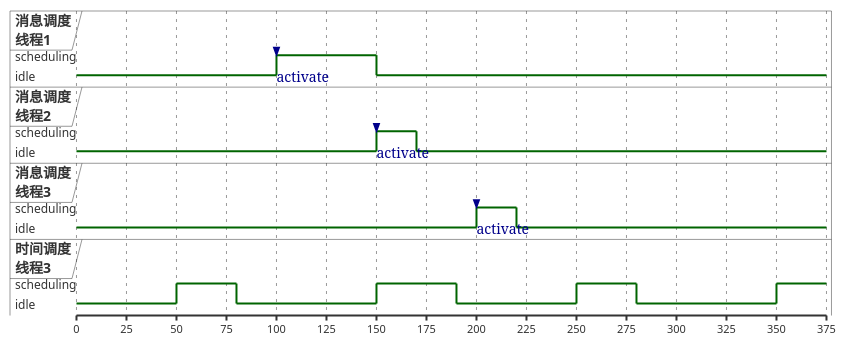
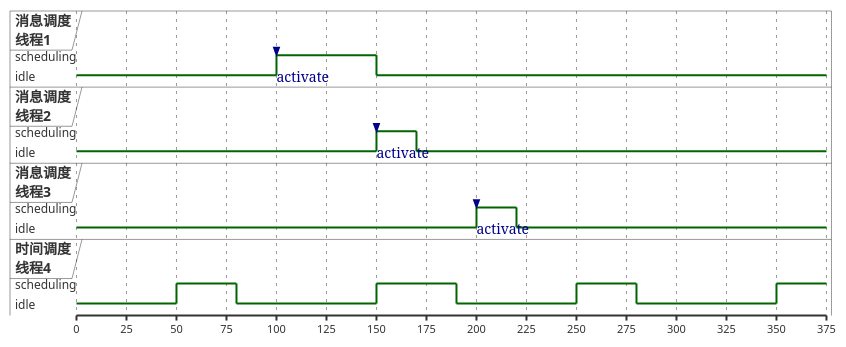
One commit to woshigerunze/new_paper changed the diagram in uml/scheduler_thread.wsd. Above: the diagram before and after it, drawn with PlantUML. The commit also changed 8 other files, not shown here.

```diff
--- a/uml/scheduler_thread.wsd
+++ b/uml/scheduler_thread.wsd
@@ -1,57 +1,57 @@
 @startuml
 robust "消息调度\n线程1" as M1
 robust "消息调度\n线程2" as M2
 robust "消息调度\n线程3" as M3
-robust "时间调度\n线程3" as M4
+robust "时间调度\n线程4" as M4
 scale 25 as 50 pixels
 
 @0
 M1 is idle
 M2 is idle
 M3 is idle
 M4 is idle
 @100
 M1 -> M1 : \nactivate
 M1 is scheduling
 
 @150
 M2 -> M2 : \nactivate
 M2 is scheduling
 M1 is idle
 
 @170 
 M2 is idle
 @200
 M3 -> M3 : \nactivate
 M3 is scheduling
 
 @220
 M3 is idle
 @50
 M4 is scheduling
 @80
 M4 is idle
 @150
 M4 is scheduling
 @190
 M4 is idle
 @250
 M4 is scheduling
 @280
 M4 is idle
 @350
 M4 is scheduling
 ' robust "Web 用户" as WU
 
 ' @0
 ' WU is 空闲
 ' WB is 空闲
 
 ' @100
 ' WU -> WU : URL
 ' WU is 等待中
 ' WB is 处理中
 
 ' @300
 ' WB is 等待中
 @enduml
```
